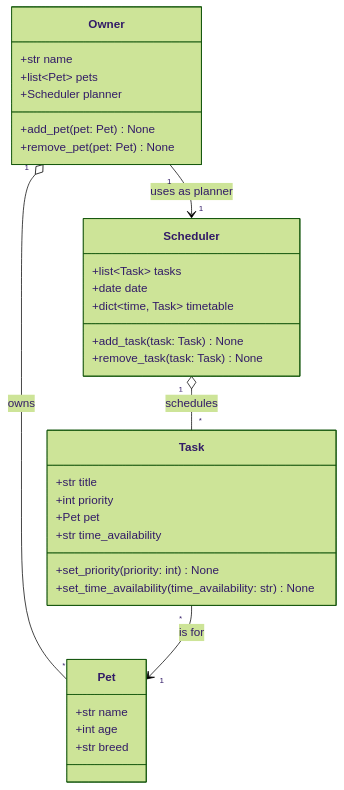
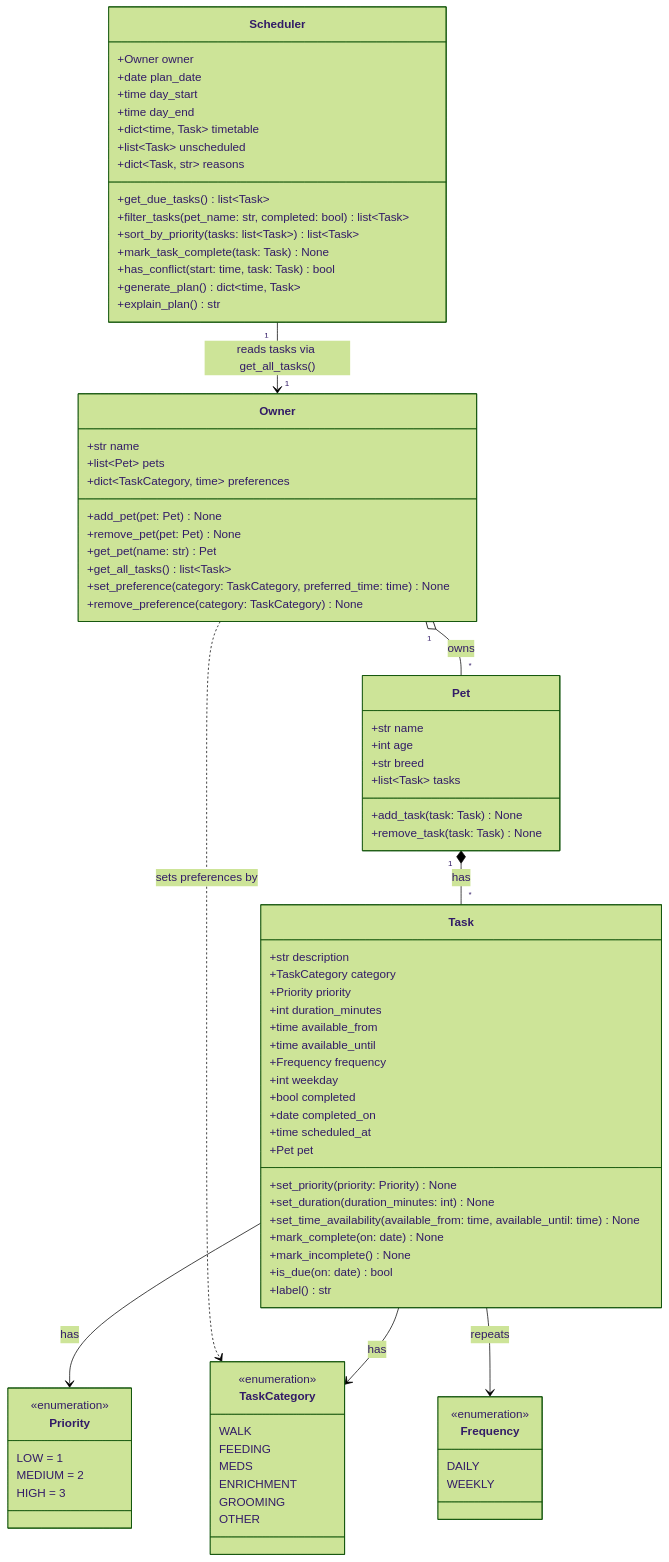
Before and after one commit to theresenvirata/ai110-module2show-pawpal-starter: the diagram in diagrams/uml.mmd, drawn with Mermaid (forest theme). The commit also changed 7 other files, not shown here.

Commit message:
Implement PawPal+ scheduling system with tests and docs

```diff
--- a/diagrams/uml.mmd
+++ b/diagrams/uml.mmd
@@ -1,38 +1,93 @@
 classDiagram
-    %% Initial design for PawPal+. Keep this file updated so it matches your final implementation.
+    %% PawPal+ design. Keep this file updated so it matches your final implementation.
 
     class Owner {
         +str name
         +list~Pet~ pets
-        +Scheduler planner
+        +dict~TaskCategory, time~ preferences
         +add_pet(pet: Pet) None
         +remove_pet(pet: Pet) None
+        +get_pet(name: str) Pet
+        +get_all_tasks() list~Task~
+        +set_preference(category: TaskCategory, preferred_time: time) None
+        +remove_preference(category: TaskCategory) None
     }
 
     class Pet {
         +str name
         +int age
         +str breed
-    }
-
-    class Task {
-        +str title
-        +int priority
-        +Pet pet
-        +str time_availability
-        +set_priority(priority: int) None
-        +set_time_availability(time_availability: str) None
-    }
-
-    class Scheduler {
         +list~Task~ tasks
-        +date date
-        +dict~time, Task~ timetable
         +add_task(task: Task) None
         +remove_task(task: Task) None
     }
 
+    class Priority {
+        <<enumeration>>
+        LOW = 1
+        MEDIUM = 2
+        HIGH = 3
+    }
+
+    class TaskCategory {
+        <<enumeration>>
+        WALK
+        FEEDING
+        MEDS
+        ENRICHMENT
+        GROOMING
+        OTHER
+    }
+
+    class Frequency {
+        <<enumeration>>
+        DAILY
+        WEEKLY
+    }
+
+    class Task {
+        +str description
+        +TaskCategory category
+        +Priority priority
+        +int duration_minutes
+        +time available_from
+        +time available_until
+        +Frequency frequency
+        +int weekday
+        +bool completed
+        +date completed_on
+        +time scheduled_at
+        +Pet pet
+        +set_priority(priority: Priority) None
+        +set_duration(duration_minutes: int) None
+        +set_time_availability(available_from: time, available_until: time) None
+        +mark_complete(on: date) None
+        +mark_incomplete() None
+        +is_due(on: date) bool
+        +label() str
+    }
+
+    class Scheduler {
+        +Owner owner
+        +date plan_date
+        +time day_start
+        +time day_end
+        +dict~time, Task~ timetable
+        +list~Task~ unscheduled
+        +dict~Task, str~ reasons
+        +get_due_tasks() list~Task~
+        +filter_tasks(pet_name: str, completed: bool) list~Task~
+        +sort_by_priority(tasks: list~Task~) list~Task~
+        +mark_task_complete(task: Task) None
+        +has_conflict(start: time, task: Task) bool
+        +generate_plan() dict~time, Task~
+        +explain_plan() str
+    }
+
     Owner "1" o-- "*" Pet : owns
-    Owner "1" --> "1" Scheduler : uses as planner
-    Scheduler "1" o-- "*" Task : schedules
-    Task "*" --> "1" Pet : is for
+    Pet "1" *-- "*" Task : has
+    Scheduler "1" --> "1" Owner : reads tasks via get_all_tasks()
+    Owner ..> TaskCategory : sets preferences by
+    Task --> Priority : has
+    Task --> TaskCategory : has
+    Task --> Frequency : repeats
```
